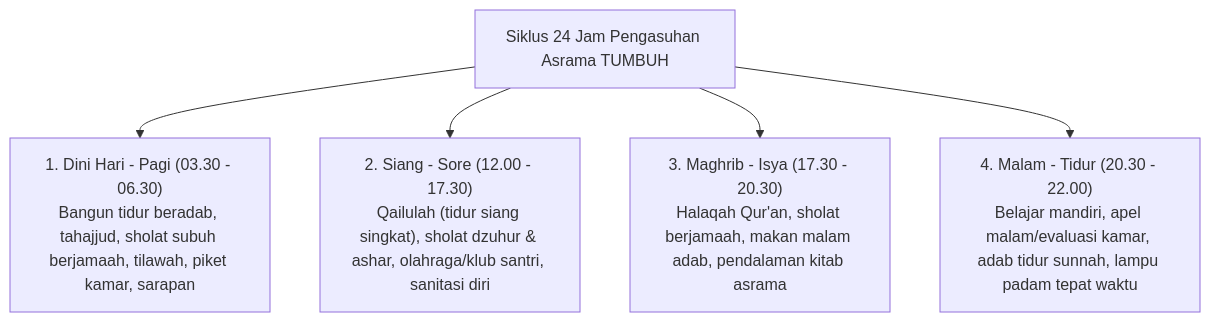
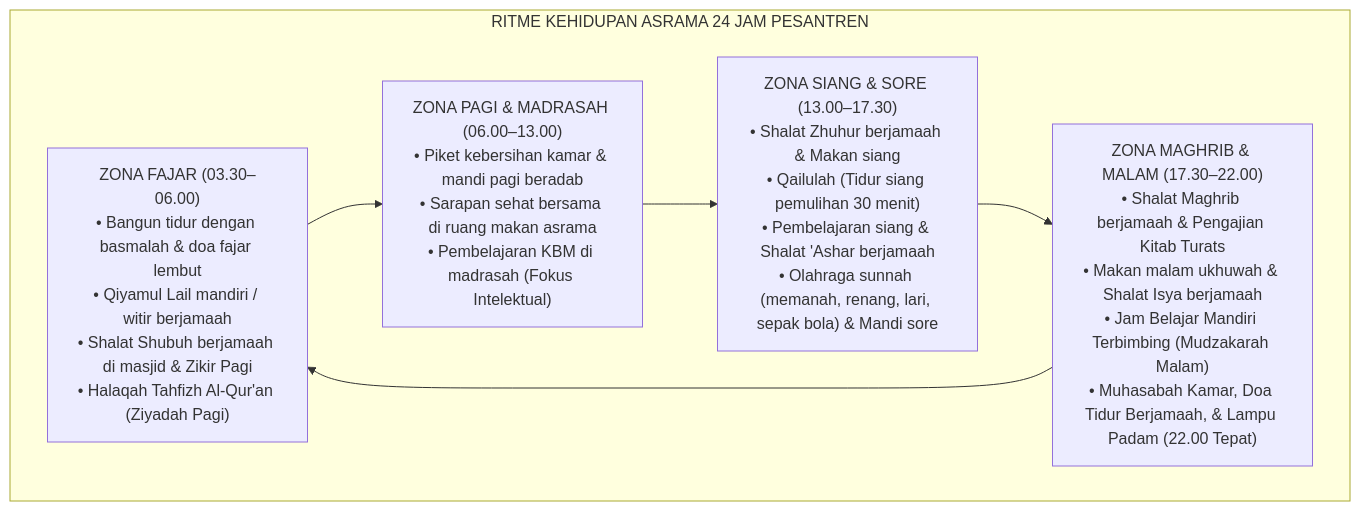
Before and after one commit to wandiapriliyandi/tumbuh: the diagram in .agents/skills/pakar-pengasuhan-asrama/SKILL.md, drawn with Mermaid. The commit also changed other lines of this file and 22 other files, not shown here.

````diff
--- a/.agents/skills/pakar-pengasuhan-asrama/SKILL.md
+++ b/.agents/skills/pakar-pengasuhan-asrama/SKILL.md
@@ -17,8 +36,14 @@
 ```mermaid
 graph TD
-    Asrama["Siklus 24 Jam Pengasuhan Asrama TUMBUH"]
-    Asrama --> Pagi["1. Dini Hari - Pagi (03.30 - 06.30)<br/>Bangun tidur beradab, tahajjud, sholat subuh berjamaah, tilawah, piket kamar, sarapan"]
-    Asrama --> Siang["2. Siang - Sore (12.00 - 17.30)<br/>Qailulah (tidur siang singkat), sholat dzuhur & ashar, olahraga/klub santri, sanitasi diri"]
-    Asrama --> Malam["3. Maghrib - Isya (17.30 - 20.30)<br/>Halaqah Qur'an, sholat berjamaah, makan malam adab, pendalaman kitab asrama"]
-    Asrama --> Istirahat["4. Malam - Tidur (20.30 - 22.00)<br/>Belajar mandiri, apel malam/evaluasi kamar, adab tidur sunnah, lampu padam tepat waktu"]
+    subgraph Siklus24Jam["RITME KEHIDUPAN ASRAMA 24 JAM PESANTREN"]
+        Z1["ZONA FAJAR (03.30–06.00)<br/>• Bangun tidur dengan basmalah & doa fajar lembut<br/>• Qiyamul Lail mandiri / witir berjamaah<br/>• Shalat Shubuh berjamaah di masjid & Zikir Pagi<br/>• Halaqah Tahfizh Al-Qur'an (Ziyadah Pagi)"]
+        
+        Z2["ZONA PAGI & MADRASAH (06.00–13.00)<br/>• Piket kebersihan kamar & mandi pagi beradab<br/>• Sarapan sehat bersama di ruang makan asrama<br/>• Pembelajaran KBM di madrasah (Fokus Intelektual)"]
+        
+        Z3["ZONA SIANG & SORE (13.00–17.30)<br/>• Shalat Zhuhur berjamaah & Makan siang<br/>• Qailulah (Tidur siang pemulihan 30 menit)<br/>• Pembelajaran siang & Shalat 'Ashar berjamaah<br/>• Olahraga sunnah (memanah, renang, lari, sepak bola) & Mandi sore"]
+        
+        Z4["ZONA MAGHRIB & MALAM (17.30–22.00)<br/>• Shalat Maghrib berjamaah & Pengajian Kitab Turats<br/>• Makan malam ukhuwah & Shalat Isya berjamaah<br/>• Jam Belajar Mandiri Terbimbing (Mudzakarah Malam)<br/>• Muhasabah Kamar, Doa Tidur Berjamaah, & Lampu Padam (22.00 Tepat)"]
+        
+        Z1 --> Z2 --> Z3 --> Z4 --> Z1
+    end
 ```
````
